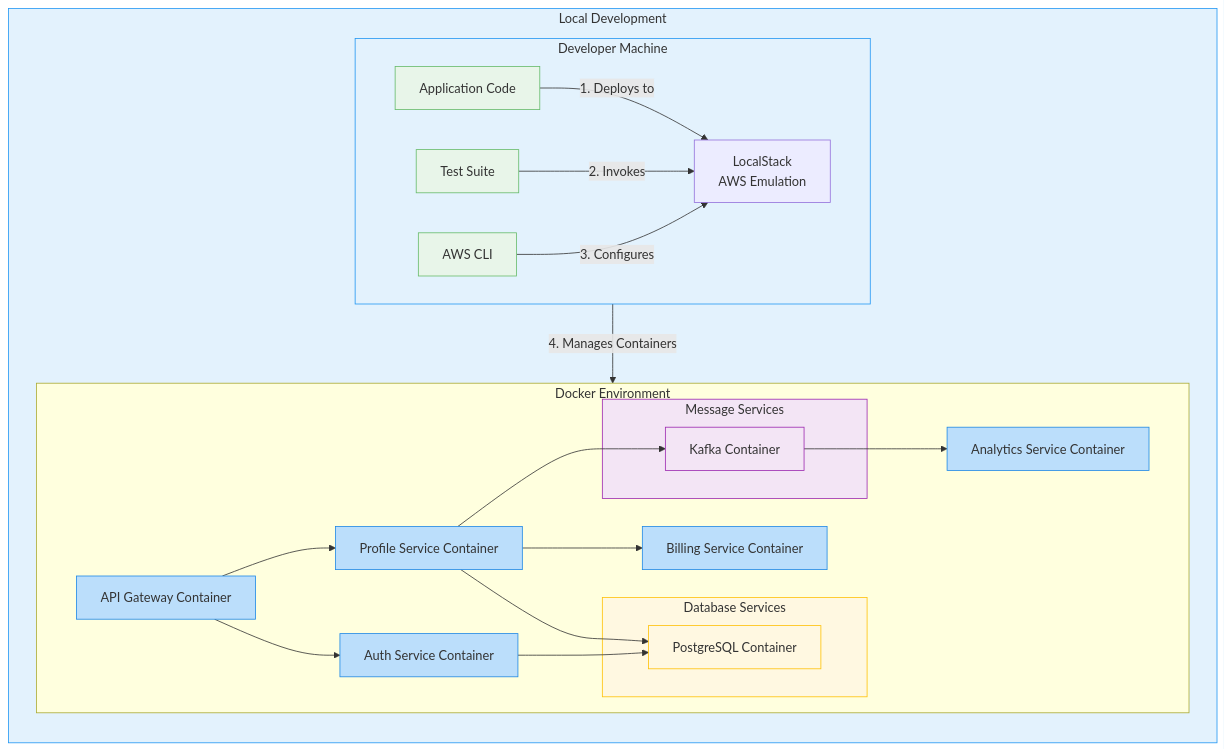
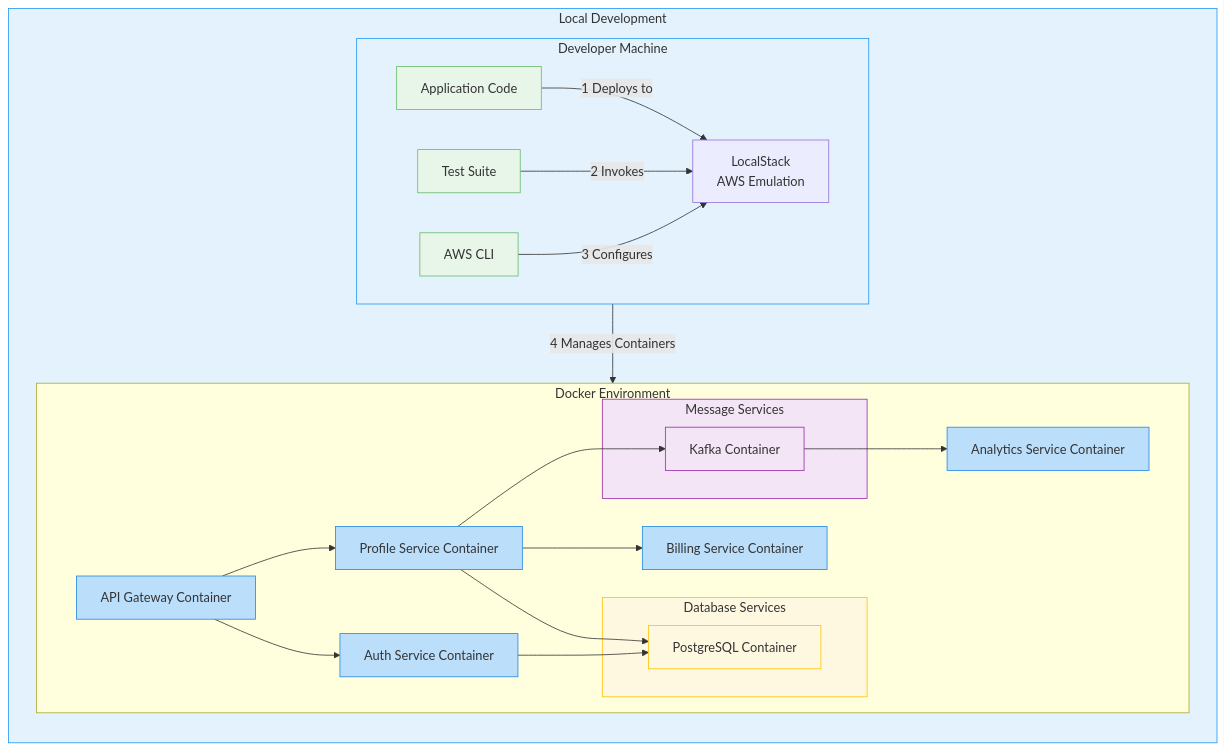
One commit to PritiAryal/MediCore changed diagram 13 of 13 in README.md. Above: the diagram before and after it, drawn with Mermaid. The commit also changed 1 other file, not shown here.

````diff
--- a/README.md
+++ b/README.md
@@ -2016,52 +2016,52 @@
 ```mermaid
 flowchart TB
                     subgraph Local[Local Development]
                         direction TB
                         
                         subgraph IDE[Developer Machine]
                             direction LR
-                            Code[Application Code] -->|"1. Deploys to"| LocalStack[LocalStack\nAWS Emulation]
-                            Tests[Test Suite] -->|"2. Invokes"| LocalStack
-                            CLI[AWS CLI] -->|"3. Configures"| LocalStack
+                            Code[Application Code] -->|1 Deploys to| LocalStack[LocalStack\nAWS Emulation]
+                            Tests[Test Suite] -->|2 Invokes| LocalStack
+                            CLI[AWS CLI] -->|3 Configures| LocalStack
                         end
                         
                         subgraph DockerEnv[Docker Environment]
                             APIGW[API Gateway Container]
                             AUTH[Auth Service Container]
                             PROFILE[Profile Service Container]
                             BILLING[Billing Service Container]
                             ANALYTICS[Analytics Service Container]
                             
                             subgraph DB[Database Services]
                                 POSTGRES[PostgreSQL Container]
                             end
                             
                             subgraph MSG[Message Services]
                                 KAFKA[Kafka Container]
                             end
                         end
                         
-                        LocalStack -->|"4. Manages Containers"| DockerEnv
+                        LocalStack -->|4 Manages Containers| DockerEnv
                         
                         %% Service Connections
                         APIGW --> AUTH
                         APIGW --> PROFILE
                         PROFILE --> BILLING
                         PROFILE --> KAFKA
                         KAFKA --> ANALYTICS
                         AUTH --> POSTGRES
                         PROFILE --> POSTGRES
                     end
                     
                     classDef dev fill:#e3f2fd,stroke:#2196f3;
                     classDef container fill:#bbdefb,stroke:#1e88e5;
                     classDef db fill:#fff8e1,stroke:#ffc107;
                     classDef msg fill:#f3e5f5,stroke:#9c27b0;
                     classDef tool fill:#e8f5e9,stroke:#66bb6a;
                     
                     class Local,IDE dev;
                     class APIGW,AUTH,PROFILE,BILLING,ANALYTICS container;
                     class DB,POSTGRES db;
                     class MSG,KAFKA msg;
                     class Code,Tests,CLI tool;
 ```
````
